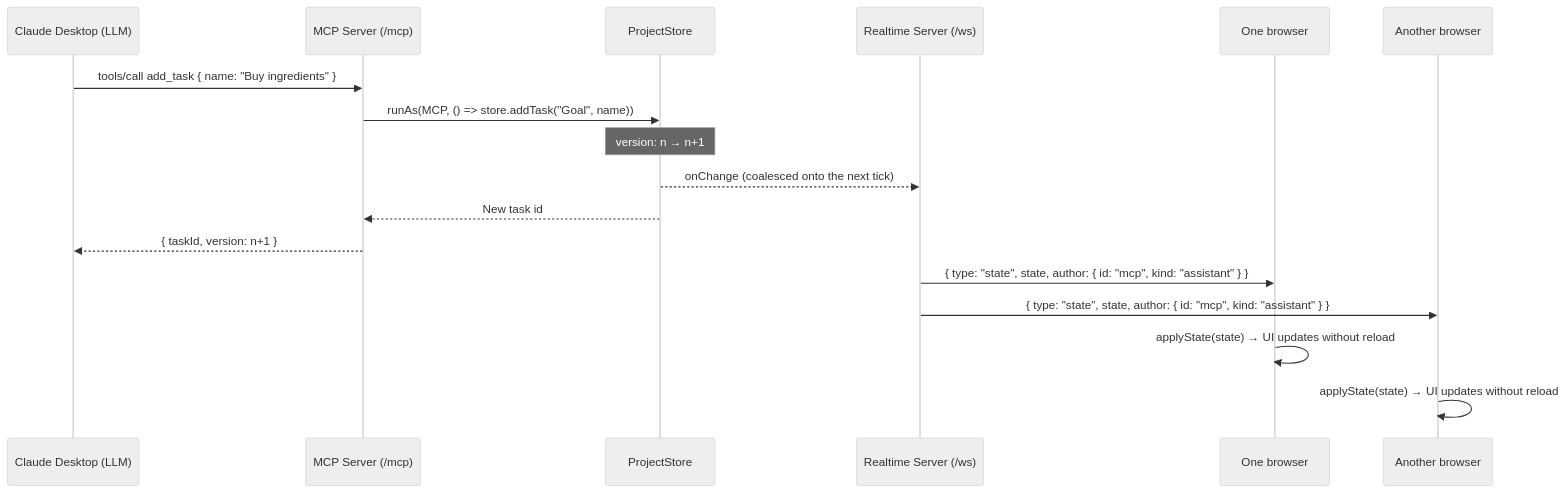
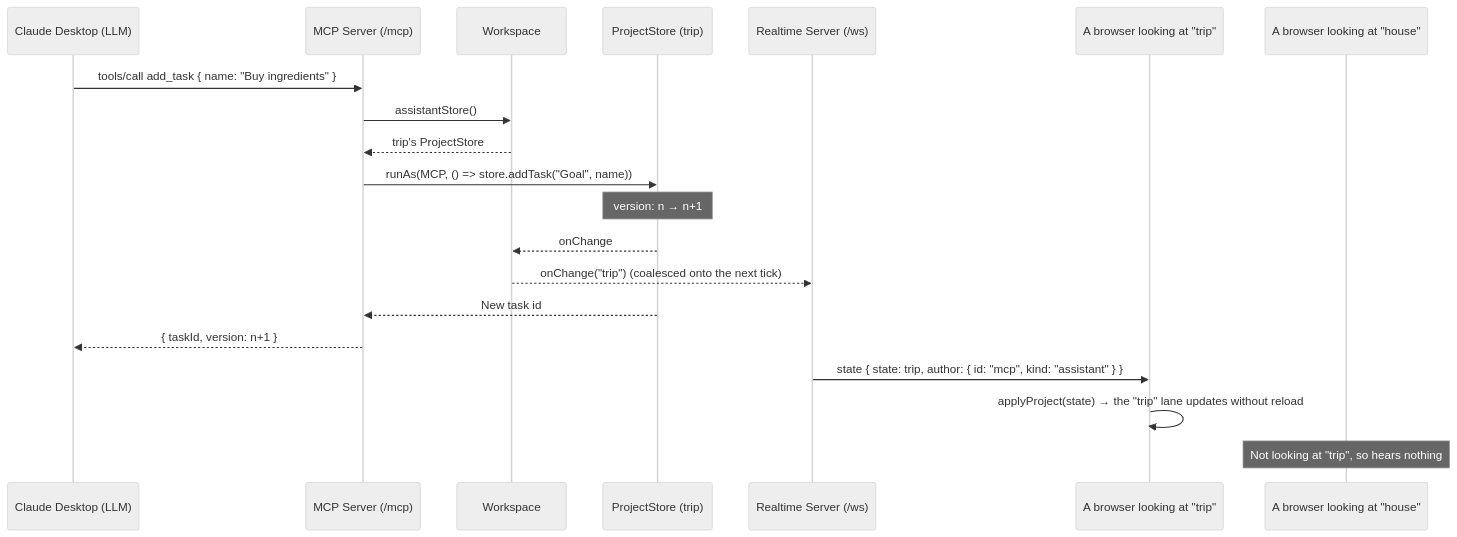
The third of 6 diagrams in docs/architecture/sequences.md (tantinlala/blossom-mcp), drawn with Mermaid (neutral theme) before and after one commit. The commit also changed other lines of this file and 74 other files, not shown here.

````diff
--- a/docs/architecture/sequences.md
+++ b/docs/architecture/sequences.md
@@ -28,21 +60,24 @@
 ```mermaid
 sequenceDiagram
     participant L as Claude Desktop (LLM)
     participant M as MCP Server (/mcp)
-    participant S as ProjectStore
+    participant W as Workspace
+    participant S as ProjectStore (trip)
     participant R as Realtime Server (/ws)
-    participant F as One browser
-    participant G as Another browser
+    participant F as A browser looking at "trip"
+    participant G as A browser looking at "house"
 
     L->>M: tools/call add_task { name: "Buy ingredients" }
+    M->>W: assistantStore()
+    W-->>M: trip's ProjectStore
     M->>S: runAs(MCP, () => store.addTask("Goal", name))
     Note over S: version: n → n+1
-    S-->>R: onChange (coalesced onto the next tick)
+    S-->>W: onChange
+    W-->>R: onChange("trip") (coalesced onto the next tick)
     S-->>M: New task id
     M-->>L: { taskId, version: n+1 }
 
-    R->>F: { type: "state", state, author: { id: "mcp", kind: "assistant" } }
-    R->>G: { type: "state", state, author: { id: "mcp", kind: "assistant" } }
-    F->>F: applyState(state) → UI updates without reload
-    G->>G: applyState(state) → UI updates without reload
+    R->>F: state { state: trip, author: { id: "mcp", kind: "assistant" } }
+    F->>F: applyProject(state) → the "trip" lane updates without reload
+    Note over G: Not looking at "trip", so hears nothing
 ```
````
